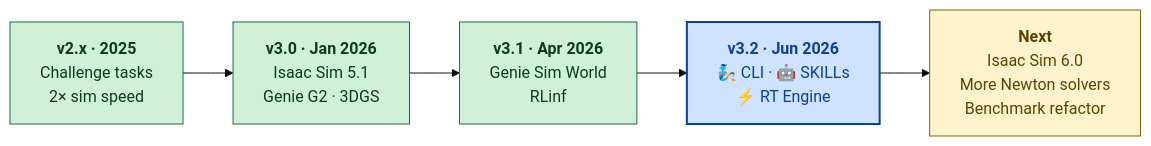
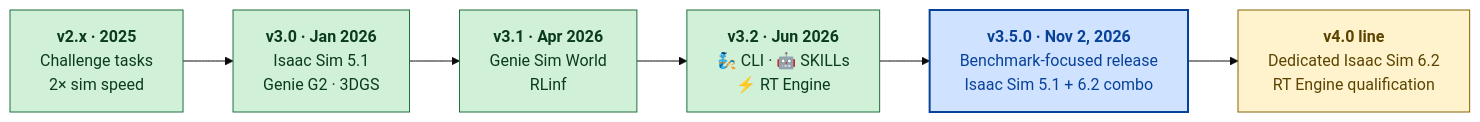
One commit to AgibotTech/genie_sim changed the tenth of 10 diagrams in README.md. Above: the diagram before and after it, drawn with Mermaid (base theme). The commit also changed other lines of this file and 2 other files, not shown here.

Commit message:
docs: publish Genie Sim 3.5 benchmark release notes

````diff
--- a/README.md
+++ b/README.md
@@ -297,16 +300,17 @@
 ```mermaid
 flowchart LR
   v2["<b>v2.x · 2025</b><br/>Challenge tasks<br/>2× sim speed"]
   v30["<b>v3.0 · Jan 2026</b><br/>Isaac Sim 5.1<br/>Genie G2 · 3DGS"]
   v31["<b>v3.1 · Apr 2026</b><br/>Genie Sim World<br/>RLinf"]
   v32["<b>v3.2 · Jun 2026</b><br/>🧞 CLI · 🤖 SKILLs<br/>⚡ RT Engine"]
-  next["<b>Next</b><br/>Isaac Sim 6.0<br/>More Newton solvers<br/>Benchmark refactor"]
-  v2 --> v30 --> v31 --> v32 --> next
+  v35["<b>v3.5.0 · Nov 2, 2026</b><br/>Benchmark-focused release<br/>Isaac Sim 5.1 + 6.2 combo"]
+  next["<b>v4.0 line</b><br/>Dedicated Isaac Sim 6.2<br/>RT Engine qualification"]
+  v2 --> v30 --> v31 --> v32 --> v35 --> next
 
   classDef done fill:#d1f0d8,stroke:#1f6f3d,color:#0b3b1f
   classDef current fill:#cfe2ff,stroke:#084298,color:#084298,stroke-width:2px
   classDef future fill:#fff3cd,stroke:#856404,color:#5c4400
-  class v2,v30,v31 done
-  class v32 current
+  class v2,v30,v31,v32 done
+  class v35 current
   class next future
 ```
````
